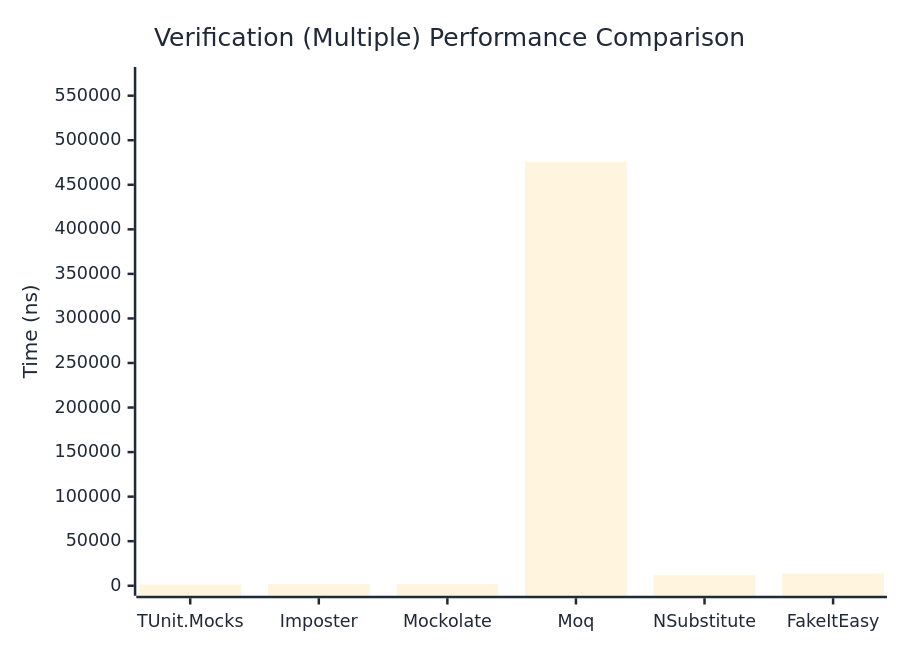
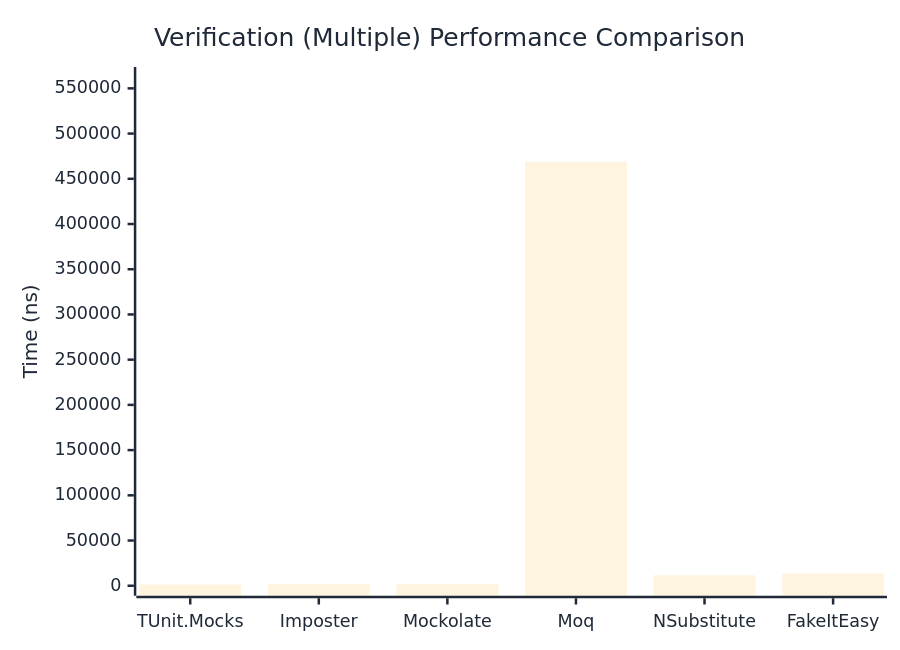
Before and after one commit to thomhurst/TUnit: the third of 3 diagrams in docs/docs/benchmarks/mocks/Verification.md, drawn with Mermaid. The commit also changed other lines of this file and 14 other files, not shown here.

````diff
--- a/docs/docs/benchmarks/mocks/Verification.md
+++ b/docs/docs/benchmarks/mocks/Verification.md
@@ -110,27 +110,27 @@
 ```mermaid
 %%{init: {
   'theme':'base',
   'themeVariables': {
     'primaryColor': '#2563eb',
     'primaryTextColor': '#1f2937',
     'primaryBorderColor': '#1e40af',
     'lineColor': '#6b7280',
     'secondaryColor': '#7c3aed',
     'tertiaryColor': '#dc2626',
     'background': '#ffffff',
     'pie1': '#2563eb',
     'pie2': '#7c3aed',
     'pie3': '#dc2626',
     'pie4': '#f59e0b',
     'pie5': '#10b981',
     'pie6': '#06b6d4',
     'pie7': '#ec4899',
     'pie8': '#6366f1'
   }
 }}%%
 xychart-beta
   title "Verification (Multiple) Performance Comparison"
   x-axis ["TUnit.Mocks", "Imposter", "Mockolate", "Moq", "NSubstitute", "FakeItEasy"]
-  y-axis "Time (ns)" 0 --> 570962
-  bar [1377.25, 1881.33, 2009.37, 475801.63, 11837.61, 13597.49]
+  y-axis "Time (ns)" 0 --> 562560
+  bar [1380.27, 1817.52, 1876.89, 468799.88, 11571.76, 13488.64]
 ```
````
